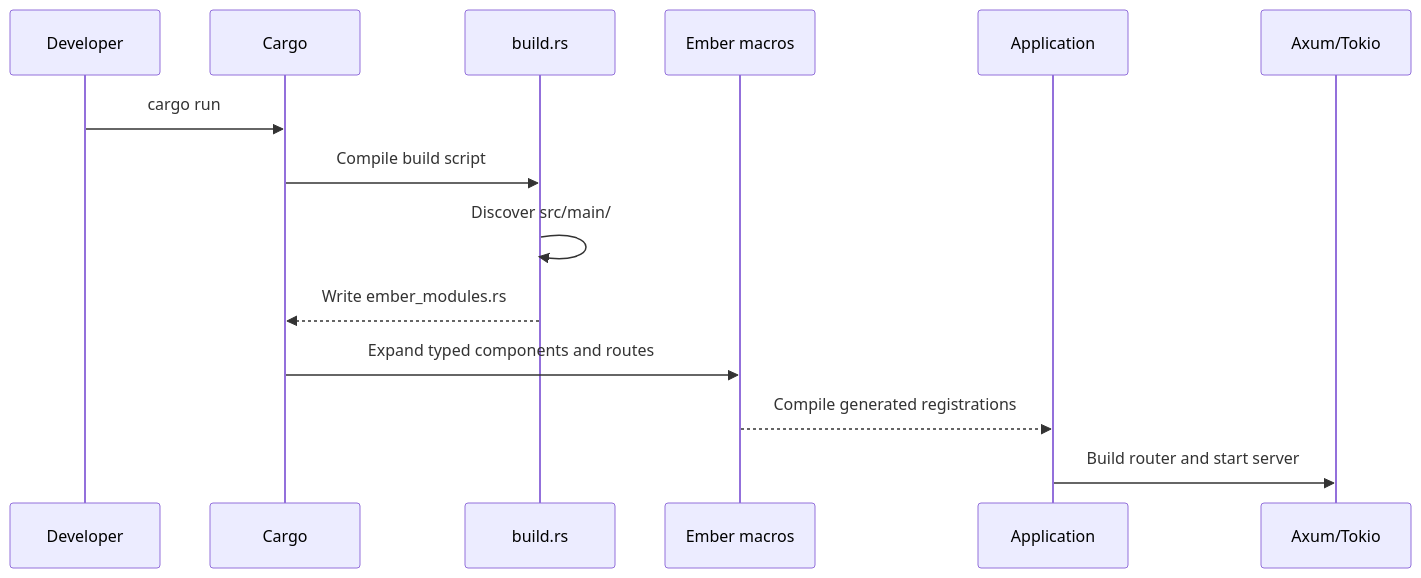
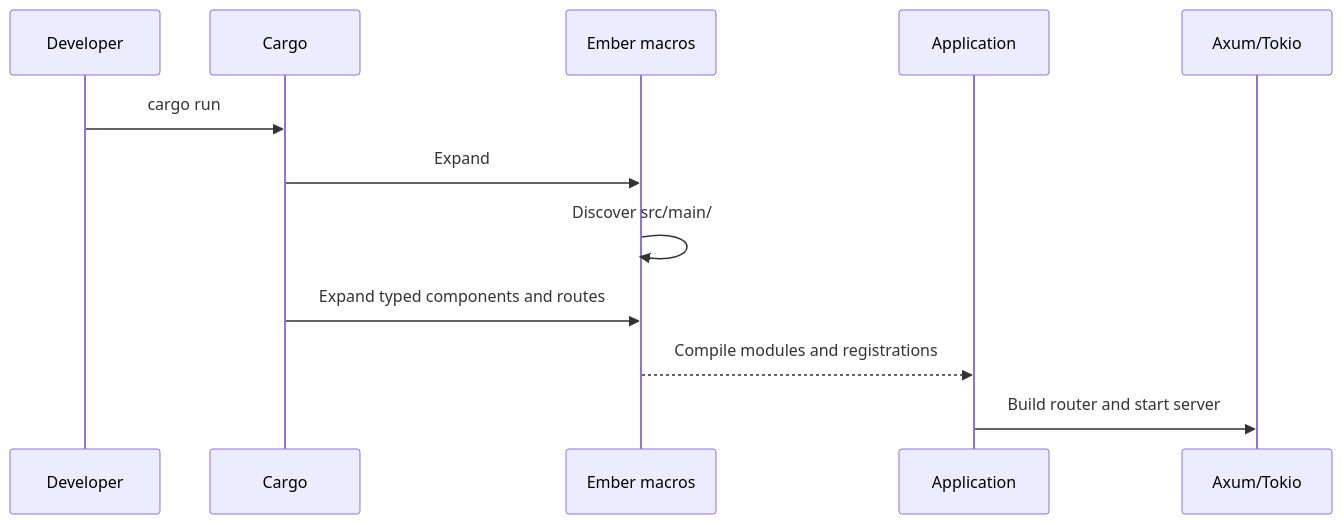
Before and after one commit to Ember-rs/ember: the diagram in docs/generated-code.md, drawn with Mermaid. The commit also changed other lines of this file and 6 other files, not shown here.

````diff
--- a/docs/generated-code.md
+++ b/docs/generated-code.md
@@ -42,17 +45,15 @@
 ```mermaid
 sequenceDiagram
     participant Dev as Developer
     participant Cargo
-    participant Build as build.rs
     participant Ember as Ember macros
     participant App as Application
     participant Server as Axum/Tokio
 
     Dev->>Cargo: cargo run
-    Cargo->>Build: Compile build script
-    Build->>Build: Discover src/main/
-    Build-->>Cargo: Write ember_modules.rs
+    Cargo->>Ember: Expand #[ember::main]
+    Ember->>Ember: Discover src/main/
     Cargo->>Ember: Expand typed components and routes
-    Ember-->>App: Compile generated registrations
+    Ember-->>App: Compile modules and registrations
     App->>Server: Build router and start server
 ```
````
